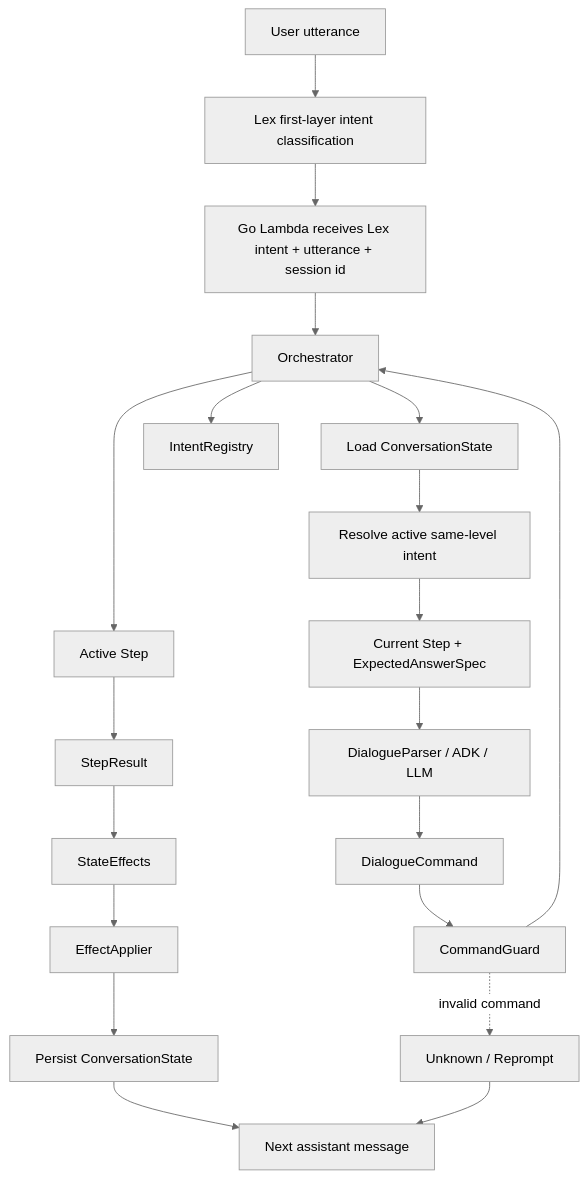
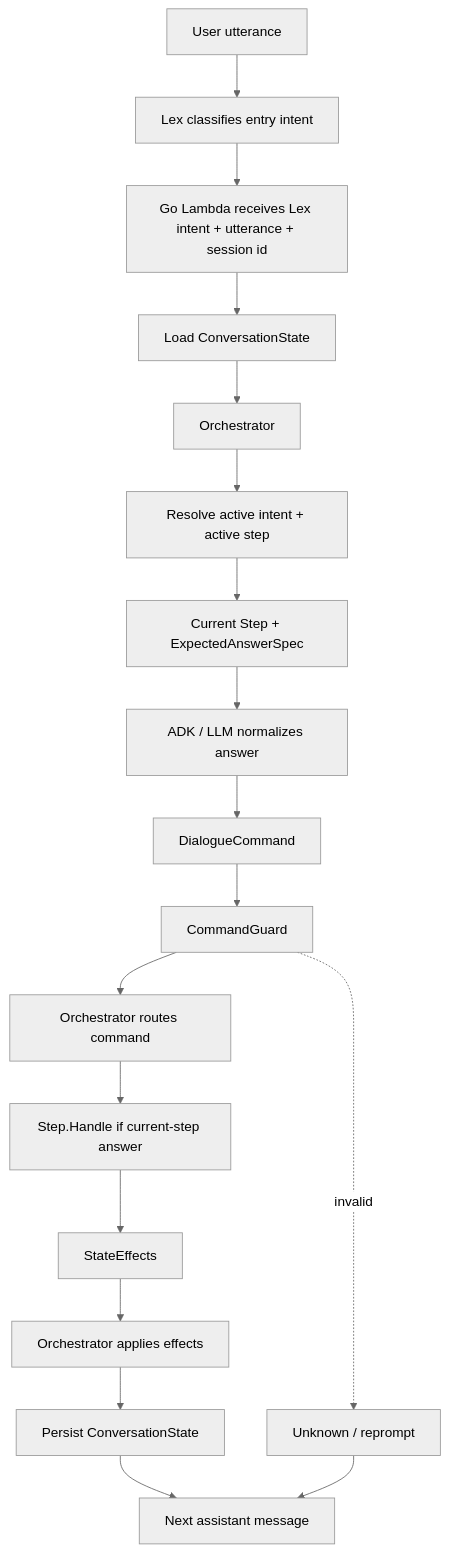
Before and after one commit to fghjkl007/adk-go-company-model-integration: the first of 8 diagrams in docs/superpowers/specs/2026-06-07-intent-step-orchestration-confluence.md, drawn with Mermaid (neutral theme). The commit also changed other lines of this file, not shown here.

Commit message:
docs: simplify confluence demo diagrams

````diff
--- a/docs/superpowers/specs/2026-06-07-intent-step-orchestration-confluence.md
+++ b/docs/superpowers/specs/2026-06-07-intent-step-orchestration-confluence.md
@@ -84,23 +26,21 @@
 ```mermaid
 flowchart TD
-  User["User utterance"] --> Lex["Lex first-layer intent classification"]
+  User["User utterance"] --> Lex["Lex classifies entry intent"]
   Lex --> Lambda["Go Lambda receives Lex intent + utterance + session id"]
-  Lambda --> Orchestrator["Orchestrator"]
-  Orchestrator --> StateRepoLoad["Load ConversationState"]
-  StateRepoLoad --> ResolveIntent["Resolve active same-level intent"]
-  ResolveIntent --> ExpectedSpec["Current Step + ExpectedAnswerSpec"]
-  ExpectedSpec --> Parser["DialogueParser / ADK / LLM"]
-  Parser --> Command["DialogueCommand"]
+  Lambda --> StateLoad["Load ConversationState"]
+  StateLoad --> Orchestrator["Orchestrator"]
+  Orchestrator --> Active["Resolve active intent + active step"]
+  Active --> Spec["Current Step + ExpectedAnswerSpec"]
+  Spec --> LLM["ADK / LLM normalizes answer"]
+  LLM --> Command["DialogueCommand"]
   Command --> Guard["CommandGuard"]
-  Guard --> Orchestrator
-  Orchestrator --> IntentRegistry["IntentRegistry"]
-  Orchestrator --> ActiveStep["Active Step"]
-  ActiveStep --> StepResult["StepResult"]
-  StepResult --> Effects["StateEffects"]
-  Effects --> Applier["EffectApplier"]
-  Applier --> StateRepo["Persist ConversationState"]
-  StateRepo --> Response["Next assistant message"]
+  Guard --> Route["Orchestrator routes command"]
+  Route --> Step["Step.Handle if current-step answer"]
+  Step --> Effects["StateEffects"]
+  Effects --> Apply["Orchestrator applies effects"]
+  Apply --> Save["Persist ConversationState"]
+  Save --> Response["Next assistant message"]
 
-  Guard -. "invalid command" .-> Unknown["Unknown / Reprompt"]
+  Guard -. "invalid" .-> Unknown["Unknown / reprompt"]
   Unknown --> Response
 ```
````
